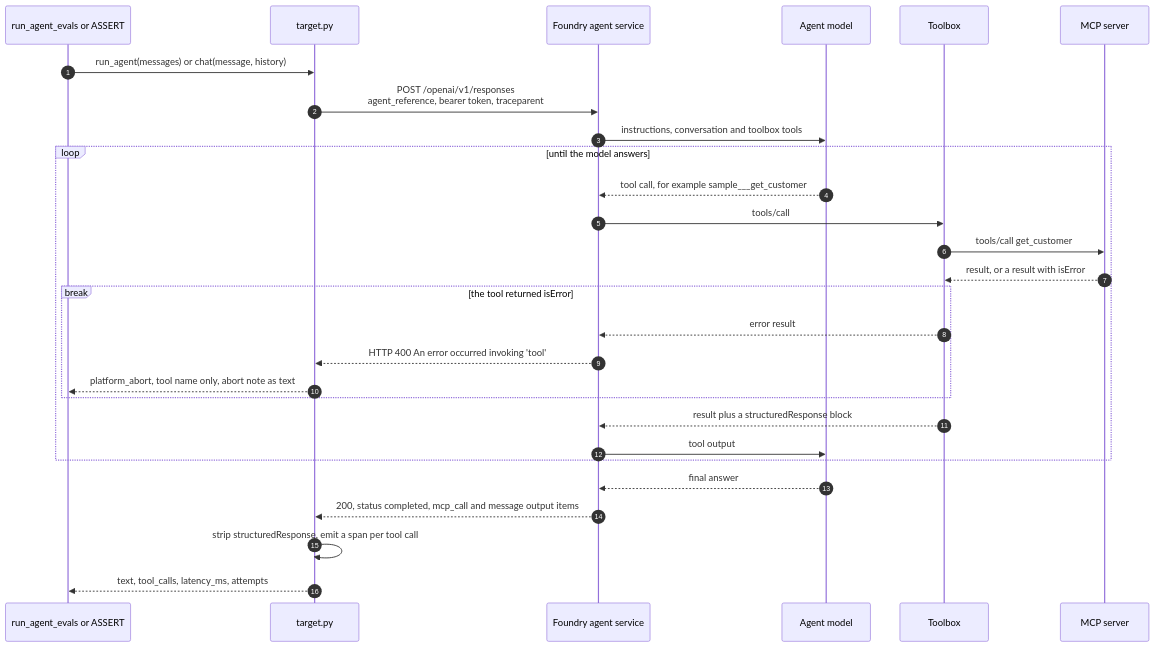
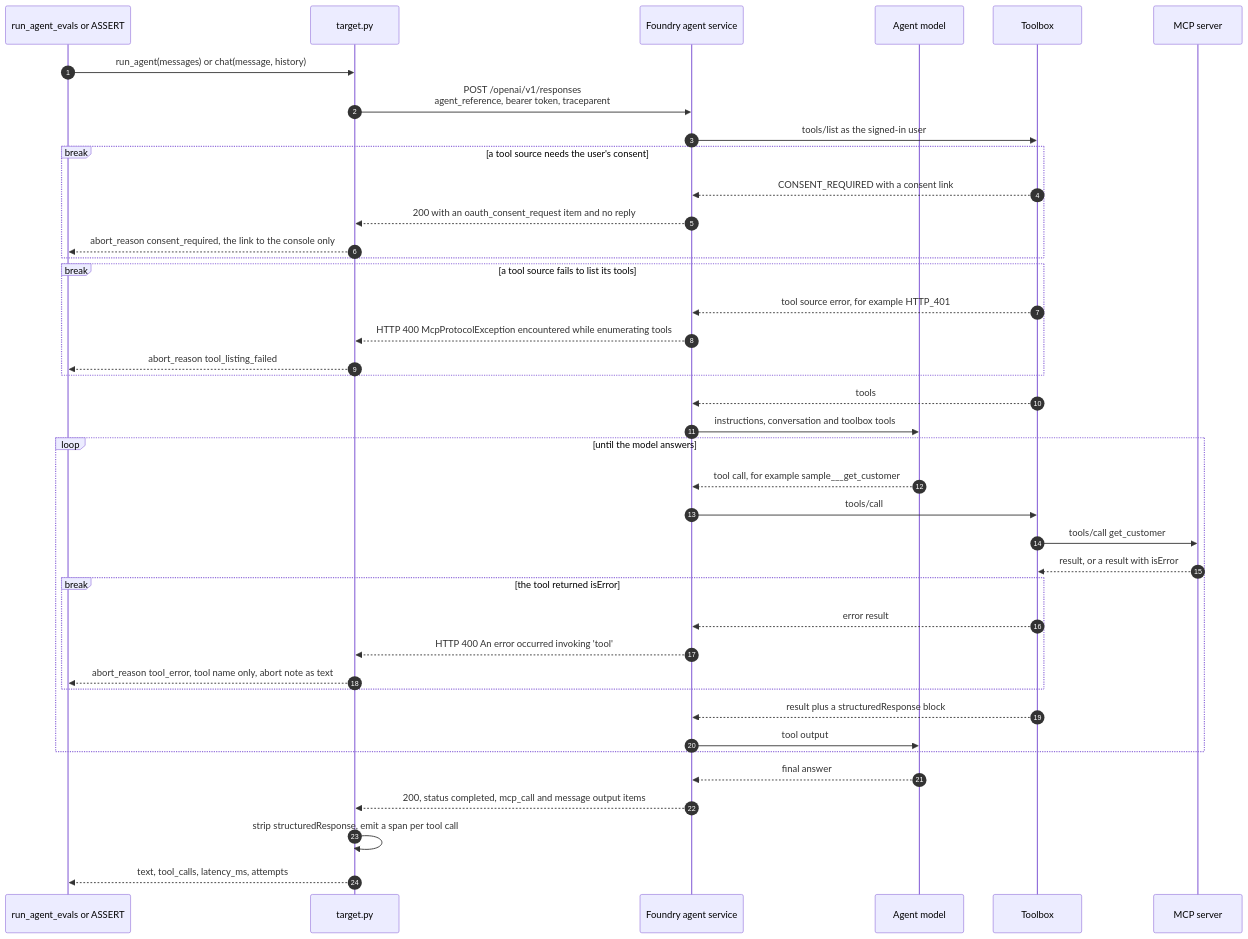
The ninth of 17 diagrams in docs/architecture.md (bradrlaw/foundryToolboxEval), drawn with Mermaid before and after one commit. The commit also changed other lines of this file and 36 other files, not shown here.

First line of the commit message:
Add Entra per-user identity support (OAuth2 identity passthrough)

````diff
--- a/docs/architecture.md
+++ b/docs/architecture.md
@@ -364,30 +385,42 @@
 ```mermaid
 sequenceDiagram
     autonumber
     participant R as run_agent_evals or ASSERT
     participant T as target.py
     participant F as Foundry agent service
     participant M as Agent model
     participant TB as Toolbox
     participant S as MCP server
     R->>T: run_agent(messages) or chat(message, history)
     T->>F: POST /openai/v1/responses<br/>agent_reference, bearer token, traceparent
+    F->>TB: tools/list as the signed-in user
+    break a tool source needs the user's consent
+        TB-->>F: CONSENT_REQUIRED with a consent link
+        F-->>T: 200 with an oauth_consent_request item and no reply
+        T-->>R: abort_reason consent_required, the link to the console only
+    end
+    break a tool source fails to list its tools
+        TB-->>F: tool source error, for example HTTP_401
+        F-->>T: HTTP 400 McpProtocolException encountered while enumerating tools
+        T-->>R: abort_reason tool_listing_failed
+    end
+    TB-->>F: tools
     F->>M: instructions, conversation and toolbox tools
     loop until the model answers
         M-->>F: tool call, for example sample___get_customer
         F->>TB: tools/call
         TB->>S: tools/call get_customer
         S-->>TB: result, or a result with isError
         break the tool returned isError
             TB-->>F: error result
             F-->>T: HTTP 400 An error occurred invoking 'tool'
-            T-->>R: platform_abort, tool name only, abort note as text
+            T-->>R: abort_reason tool_error, tool name only, abort note as text
         end
         TB-->>F: result plus a structuredResponse block
         F->>M: tool output
     end
     M-->>F: final answer
     F-->>T: 200, status completed, mcp_call and message output items
     T->>T: strip structuredResponse, emit a span per tool call
     T-->>R: text, tool_calls, latency_ms, attempts
 ```
````
